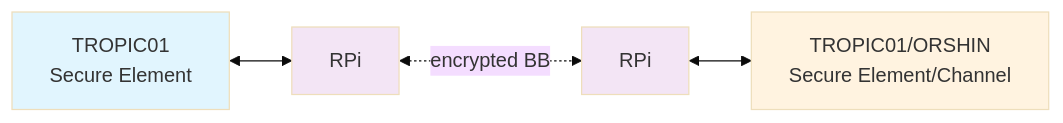
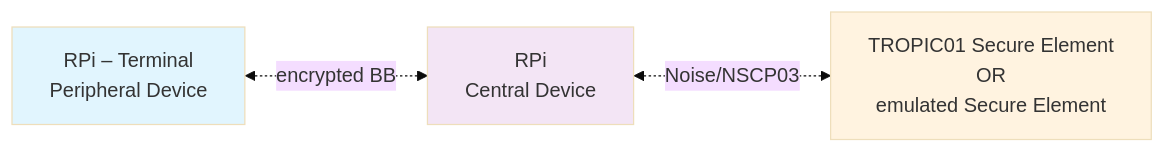
Before and after one commit to tropicsquare/orshin-demo: the diagram in README.md, drawn with Mermaid (base theme). The commit also changed other lines of this file and 1 other file, not shown here.

Commit message:
doc: README Architecture and repository description, and BOM

````diff
--- a/README.md
+++ b/README.md
@@ -12,11 +12,10 @@
 ```mermaid
 flowchart LR
-    A[TROPIC01<br/>Secure Element] <--> B[RPi]
-    B <-.->|encrypted BB| C[RPi]
-    C <--> D[TROPIC01/ORSHIN<br/>Secure Element/Channel]
+    A[RPi – Terminal<br/>Peripheral Device]
+    A <-.->|encrypted BB| B[RPi<br/>Central Device]
+    B <-.->|Noise/NSCP03| C[TROPIC01 Secure Element<br/>OR<br/>emulated Secure Element]
 
     style A fill:#e1f5fe
     style B fill:#f3e5f5
-    style C fill:#f3e5f5
-    style D fill:#fff3e0
+    style C fill:#fff3e0
 ```
````
